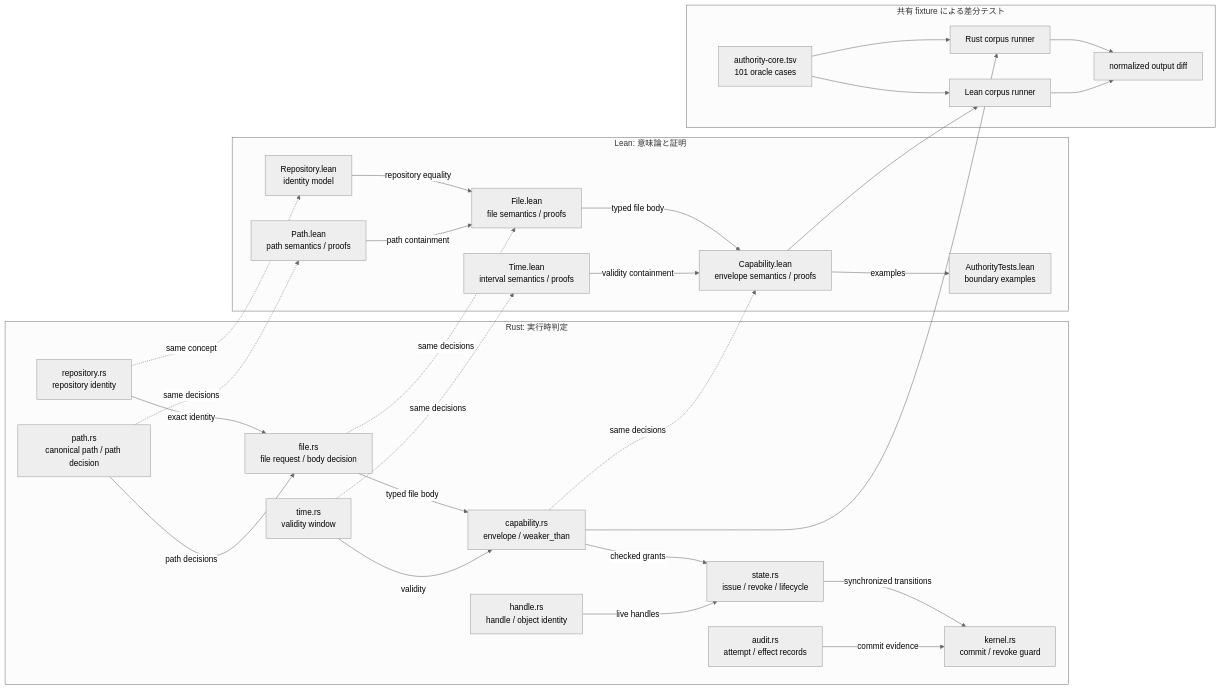
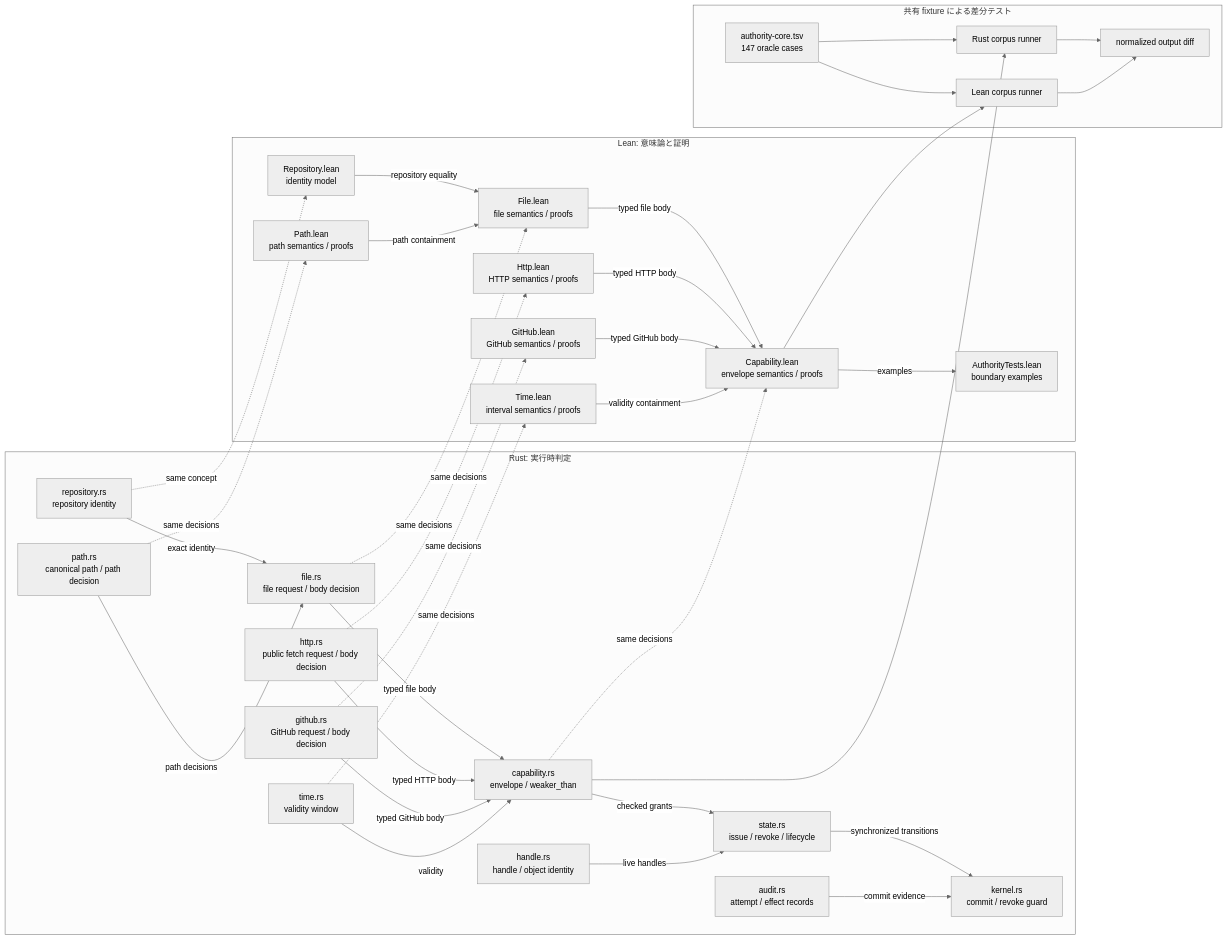
Before and after one commit to Aqua-218/SecCamp-AIAgent: the first of 2 diagrams in docs/authority-core/README.md, drawn with Mermaid (neutral theme). The commit also changed other lines of this file and 10 other files, not shown here.

````diff
--- a/docs/authority-core/README.md
+++ b/docs/authority-core/README.md
@@ -28,55 +28,65 @@
 ```mermaid
 flowchart LR
     subgraph rust["Rust: 実行時判定"]
         rustRepo["repository.rs<br/>repository identity"]
         rustPath["path.rs<br/>canonical path / path decision"]
         rustFile["file.rs<br/>file request / body decision"]
+        rustHttp["http.rs<br/>public fetch request / body decision"]
+        rustGitHub["github.rs<br/>GitHub request / body decision"]
         rustTime["time.rs<br/>validity window"]
         rustCap["capability.rs<br/>envelope / weaker_than"]
         rustHandle["handle.rs<br/>handle / object identity"]
         rustState["state.rs<br/>issue / revoke / lifecycle"]
         rustAudit["audit.rs<br/>attempt / effect records"]
         rustKernel["kernel.rs<br/>commit / revoke guard"]
         rustRepo -->|"exact identity"| rustFile
         rustPath -->|"path decisions"| rustFile
         rustFile -->|"typed file body"| rustCap
+        rustHttp -->|"typed HTTP body"| rustCap
+        rustGitHub -->|"typed GitHub body"| rustCap
         rustTime -->|"validity"| rustCap
         rustCap -->|"checked grants"| rustState
         rustHandle -->|"live handles"| rustState
         rustState -->|"synchronized transitions"| rustKernel
         rustAudit -->|"commit evidence"| rustKernel
     end
 
     subgraph lean["Lean: 意味論と証明"]
         leanRepo["Repository.lean<br/>identity model"]
         leanPath["Path.lean<br/>path semantics / proofs"]
         leanFile["File.lean<br/>file semantics / proofs"]
+        leanHttp["Http.lean<br/>HTTP semantics / proofs"]
+        leanGitHub["GitHub.lean<br/>GitHub semantics / proofs"]
         leanTime["Time.lean<br/>interval semantics / proofs"]
         leanCap["Capability.lean<br/>envelope semantics / proofs"]
         leanTests["AuthorityTests.lean<br/>boundary examples"]
         leanRepo -->|"repository equality"| leanFile
         leanPath -->|"path containment"| leanFile
         leanFile -->|"typed file body"| leanCap
+        leanHttp -->|"typed HTTP body"| leanCap
+        leanGitHub -->|"typed GitHub body"| leanCap
         leanTime -->|"validity containment"| leanCap
         leanCap -->|"examples"| leanTests
     end
 
     subgraph differential["共有 fixture による差分テスト"]
-        corpus["authority-core.tsv<br/>101 oracle cases"]
+        corpus["authority-core.tsv<br/>147 oracle cases"]
         rustRunner["Rust corpus runner"]
         leanRunner["Lean corpus runner"]
         compare["normalized output diff"]
         corpus --> rustRunner
         corpus --> leanRunner
         rustRunner --> compare
         leanRunner --> compare
     end
 
     rustRepo -.->|"same concept"| leanRepo
     rustPath -.->|"same decisions"| leanPath
     rustFile -.->|"same decisions"| leanFile
+    rustHttp -.->|"same decisions"| leanHttp
+    rustGitHub -.->|"same decisions"| leanGitHub
     rustTime -.->|"same decisions"| leanTime
     rustCap -.->|"same decisions"| leanCap
     rustCap --> rustRunner
     leanCap --> leanRunner
 ```
````
